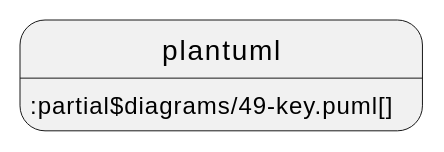
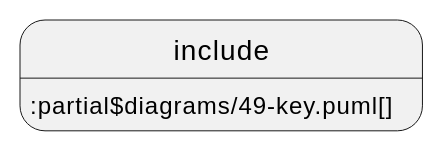
Before and after one commit to acplt/aas-specs: the second of 5 diagrams in documentation/IDTA-01001/modules/ROOT/pages/spec-metamodel/referencing.adoc, drawn with PlantUML. The commit also changed other lines of this file and 14 other files, not shown here.

First line of the commit message:
Revert "Use plantuml instead of include and test ./"

```diff
--- a/documentation/IDTA-01001/modules/ROOT/pages/spec-metamodel/referencing.adoc
+++ b/documentation/IDTA-01001/modules/ROOT/pages/spec-metamodel/referencing.adoc
@@ -115,4 +115,4 @@
 [plantuml, 49-key, svg]
 ....
-plantuml::partial$diagrams/49-key.puml[]
+include::partial$diagrams/49-key.puml[]
 ....
```
